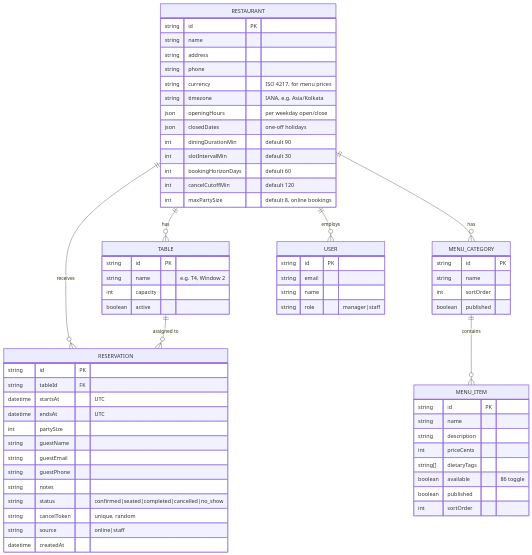
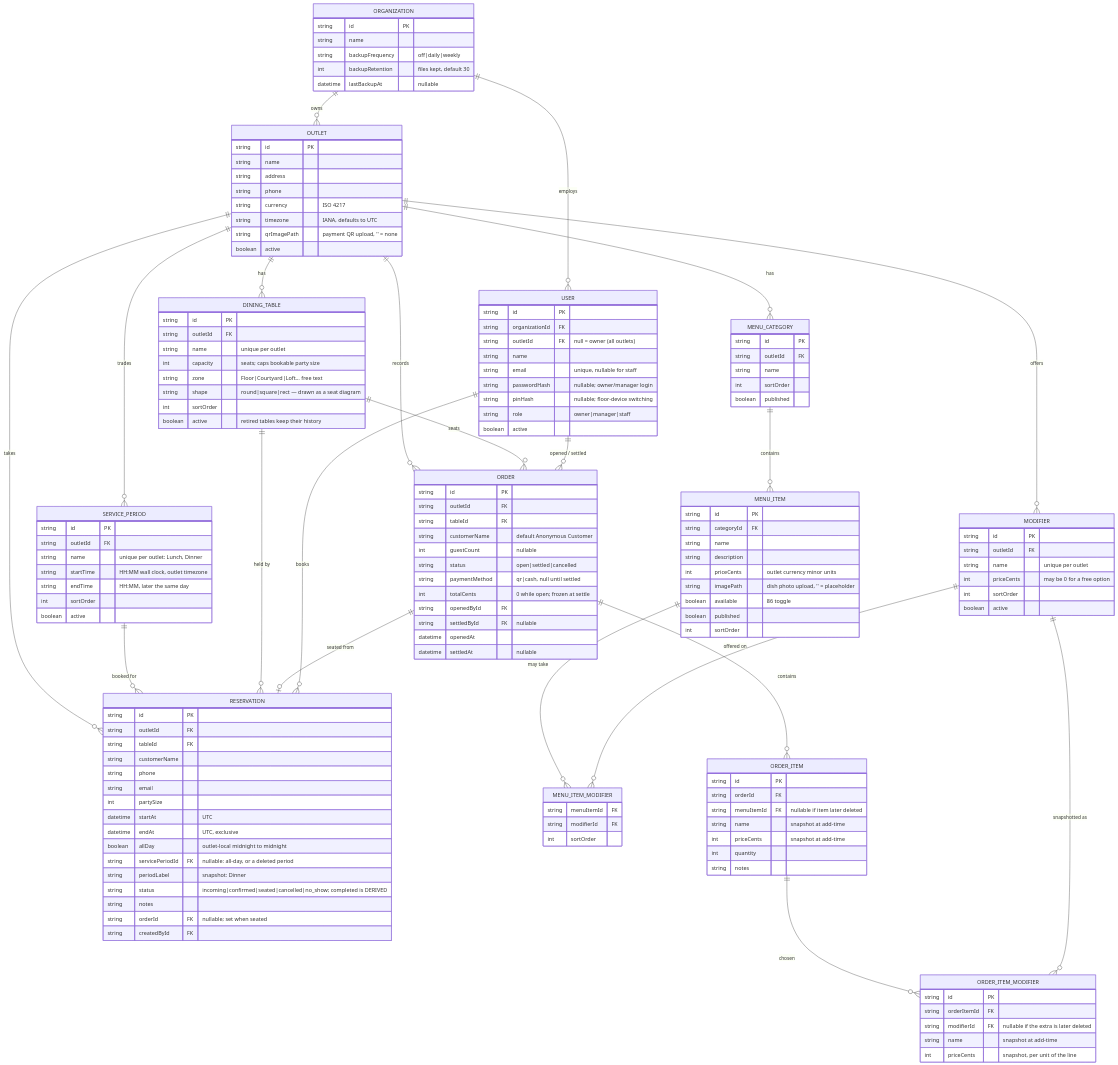
Before and after one commit to techzuna/retropos: the second of 3 diagrams in DESIGN.md, drawn with Mermaid. The commit also changed other lines of this file and 138 other files, not shown here.

````diff
--- a/DESIGN.md
+++ b/DESIGN.md
@@ -44,68 +48,150 @@
 ```mermaid
 erDiagram
-    RESTAURANT ||--o{ TABLE : has
-    RESTAURANT ||--o{ MENU_CATEGORY : has
-    RESTAURANT ||--o{ RESERVATION : receives
-    RESTAURANT ||--o{ USER : employs
+    ORGANIZATION ||--o{ OUTLET : owns
+    ORGANIZATION ||--o{ USER : employs
+    OUTLET ||--o{ DINING_TABLE : has
+    OUTLET ||--o{ MENU_CATEGORY : has
+    OUTLET ||--o{ ORDER : records
+    OUTLET ||--o{ RESERVATION : takes
     MENU_CATEGORY ||--o{ MENU_ITEM : contains
-    TABLE ||--o{ RESERVATION : "assigned to"
+    OUTLET ||--o{ MODIFIER : offers
+    OUTLET ||--o{ SERVICE_PERIOD : trades
+    SERVICE_PERIOD ||--o{ RESERVATION : "booked for"
+    MENU_ITEM ||--o{ MENU_ITEM_MODIFIER : "may take"
+    MODIFIER ||--o{ MENU_ITEM_MODIFIER : "offered on"
+    ORDER_ITEM ||--o{ ORDER_ITEM_MODIFIER : "chosen"
+    MODIFIER ||--o{ ORDER_ITEM_MODIFIER : "snapshotted as"
+    DINING_TABLE ||--o{ ORDER : seats
+    DINING_TABLE ||--o{ RESERVATION : "held by"
+    ORDER ||--o| RESERVATION : "seated from"
+    ORDER ||--o{ ORDER_ITEM : contains
+    USER ||--o{ ORDER : "opened / settled"
+    USER ||--o{ RESERVATION : books
 
-    RESTAURANT {
+    ORGANIZATION {
+        string id PK
+        string name
+        string backupFrequency "off|daily|weekly"
+        int backupRetention "files kept, default 30"
+        datetime lastBackupAt "nullable"
+    }
+    OUTLET {
         string id PK
         string name
         string address
         string phone
-        string currency "ISO 4217, for menu prices"
-        string timezone "IANA, e.g. Asia/Kolkata"
-        json openingHours "per weekday open/close"
-        json closedDates "one-off holidays"
-        int diningDurationMin "default 90"
-        int slotIntervalMin "default 30"
-        int bookingHorizonDays "default 60"
-        int cancelCutoffMin "default 120"
-        int maxPartySize "default 8, online bookings"
+        string currency "ISO 4217"
+        string timezone "IANA, defaults to UTC"
+        string qrImagePath "payment QR upload, '' = none"
+        boolean active
     }
-    TABLE {
+    USER {
         string id PK
-        string name "e.g. T4, Window 2"
-        int capacity
+        string organizationId FK
+        string outletId FK "null = owner (all outlets)"
+        string name
+        string email "unique, nullable for staff"
+        string passwordHash "nullable; owner/manager login"
+        string pinHash "nullable; floor-device switching"
+        string role "owner|manager|staff"
         boolean active
+    }
+    DINING_TABLE {
+        string id PK
+        string outletId FK
+        string name "unique per outlet"
+        int capacity "seats; caps bookable party size"
+        string zone "Floor|Courtyard|Loft… free text"
+        string shape "round|square|rect — drawn as a seat diagram"
+        int sortOrder
+        boolean active "retired tables keep their history"
+    }
+    RESERVATION {
+        string id PK
+        string outletId FK
+        string tableId FK
+        string customerName
+        string phone
+        string email
+        int partySize
+        datetime startAt "UTC"
+        datetime endAt "UTC, exclusive"
+        boolean allDay "outlet-local midnight to midnight"
+        string servicePeriodId FK "nullable: all-day, or a deleted period"
+        string periodLabel "snapshot: Dinner"
+        string status "incoming|confirmed|seated|cancelled|no_show; completed is DERIVED"
+        string notes
+        string orderId FK "nullable; set when seated"
+        string createdById FK
     }
     MENU_CATEGORY {
         string id PK
+        string outletId FK
         string name
         int sortOrder
         boolean published
     }
     MENU_ITEM {
         string id PK
+        string categoryId FK
         string name
         string description
-        int priceCents
-        string[] dietaryTags
+        int priceCents "outlet currency minor units"
+        string imagePath "dish photo upload, '' = placeholder"
         boolean available "86 toggle"
         boolean published
         int sortOrder
     }
-    RESERVATION {
+    ORDER {
         string id PK
+        string outletId FK
         string tableId FK
-        datetime startsAt "UTC"
-        datetime endsAt "UTC"
-        int partySize
-        string guestName
-        string guestEmail
-        string guestPhone
+        string customerName "default Anonymous Customer"
+        int guestCount "nullable"
+        string status "open|settled|cancelled"
+        string paymentMethod "qr|cash, null until settled"
+        int totalCents "0 while open; frozen at settle"
+        string openedById FK
+        string settledById FK "nullable"
+        datetime openedAt
+        datetime settledAt "nullable"
+    }
+    SERVICE_PERIOD {
+        string id PK
+        string outletId FK
+        string name "unique per outlet: Lunch, Dinner"
+        string startTime "HH:MM wall clock, outlet timezone"
+        string endTime "HH:MM, later the same day"
+        int sortOrder
+        boolean active
+    }
+    MODIFIER {
+        string id PK
+        string outletId FK
+        string name "unique per outlet"
+        int priceCents "may be 0 for a free option"
+        int sortOrder
+        boolean active
+    }
+    MENU_ITEM_MODIFIER {
+        string menuItemId FK
+        string modifierId FK
+        int sortOrder
+    }
+    ORDER_ITEM_MODIFIER {
+        string id PK
+        string orderItemId FK
+        string modifierId FK "nullable if the extra is later deleted"
+        string name "snapshot at add-time"
+        int priceCents "snapshot, per unit of the line"
+    }
+    ORDER_ITEM {
+        string id PK
+        string orderId FK
+        string menuItemId FK "nullable if item later deleted"
+        string name "snapshot at add-time"
+        int priceCents "snapshot at add-time"
+        int quantity
         string notes
-        string status "confirmed|seated|completed|cancelled|no_show"
-        string cancelToken "unique, random"
-        string source "online|staff"
-        datetime createdAt
-    }
-    USER {
-        string id PK
-        string email
-        string name
-        string role "manager|staff"
     }
 ```
````
